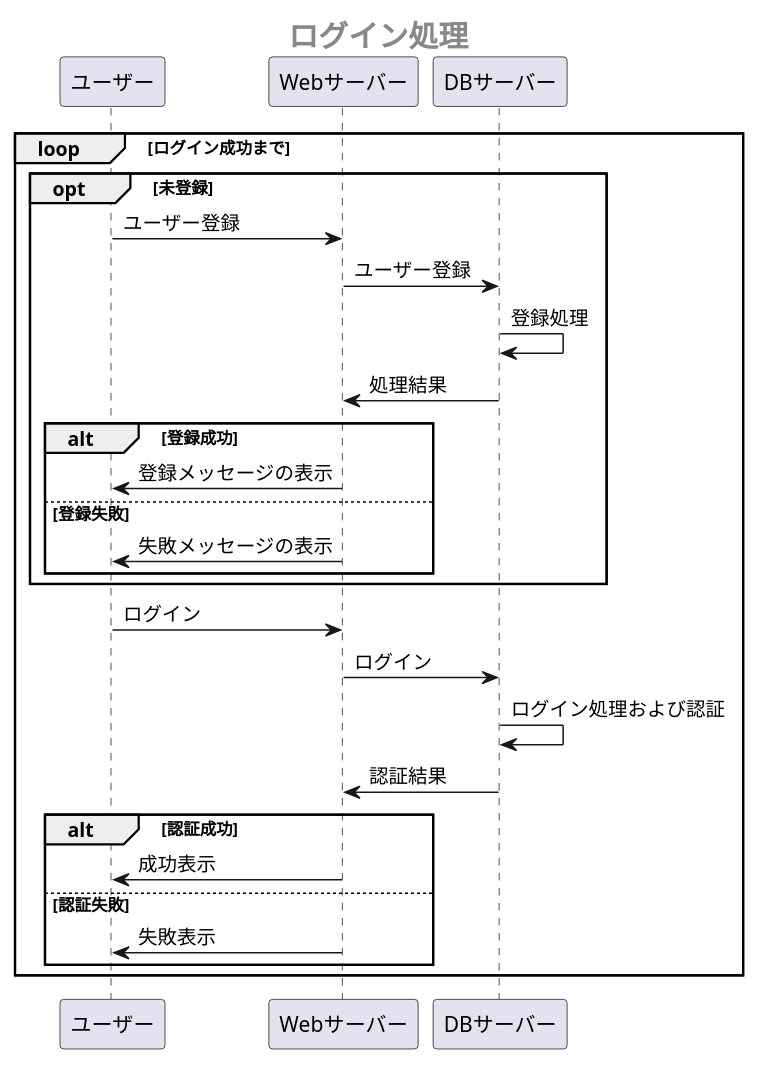
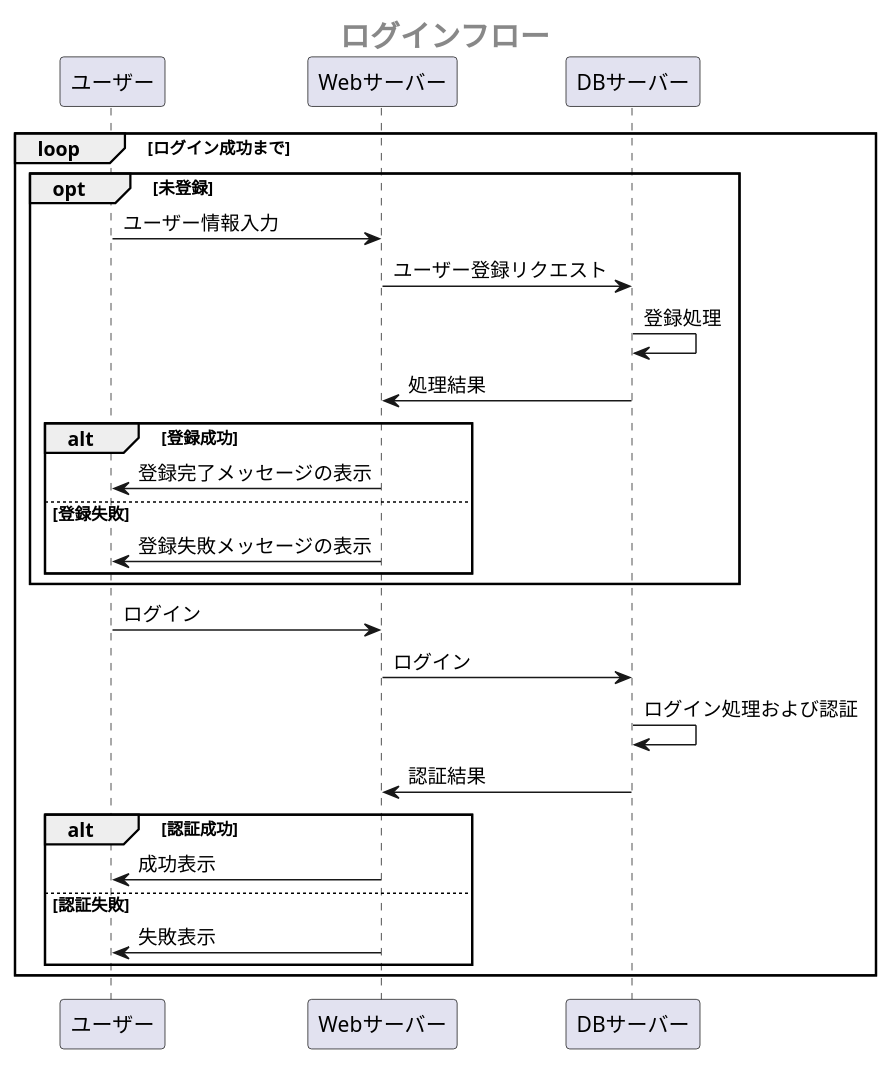
One commit to Aso2001385/NAISA changed the second of 6 diagrams in 設計書/02_業務フロー/2021-12-22BusinessFlow.md. Above: the diagram before and after it, drawn with PlantUML. The commit also changed other lines of this file, not shown here.

````diff
--- a/設計書/02_業務フロー/2021-12-22BusinessFlow.md
+++ b/設計書/02_業務フロー/2021-12-22BusinessFlow.md
@@ -24,31 +24,36 @@
 ```uml
 @startuml
- center header <size:20><b>ログイン処理</b></size>
+ center header <size:20><b>ログインフロー</b></size>
+ 
+ participant ユーザー as user
+ participant Webサーバー as web
+ participant DBサーバー as db
+ 
  loop ログイン成功まで
   opt 未登録
-   ユーザー -> Webサーバー:ユーザー登録
-   Webサーバー -> DBサーバー:ユーザー登録
-   DBサーバー -> DBサーバー:登録処理
-   DBサーバー -> Webサーバー:処理結果
+   user -> web:ユーザー情報入力
+   web -> db:ユーザー登録リクエスト
+   db -> db:登録処理
+   db -> web:処理結果
    
    alt 登録成功
-     Webサーバー ->ユーザー:登録メッセージの表示
+     web ->user:登録完了メッセージの表示
    else 登録失敗
-     Webサーバー ->ユーザー:失敗メッセージの表示
+     web ->user:登録失敗メッセージの表示
    end
   end
   
-  ユーザー -> Webサーバー:ログイン
-  Webサーバー -> DBサーバー:ログイン
-  DBサーバー -> DBサーバー:ログイン処理および認証
-  DBサーバー -> Webサーバー:認証結果
+  user -> web:ログイン
+  web -> db:ログイン
+  db -> db:ログイン処理および認証
+  db -> web:認証結果
   
   alt 認証成功
-   Webサーバー ->ユーザー:成功表示
+   web ->user:成功表示
   else 認証失敗
-   Webサーバー ->ユーザー:失敗表示
+   web ->user:失敗表示
   end
  end
   
 @enduml
 ```
````
